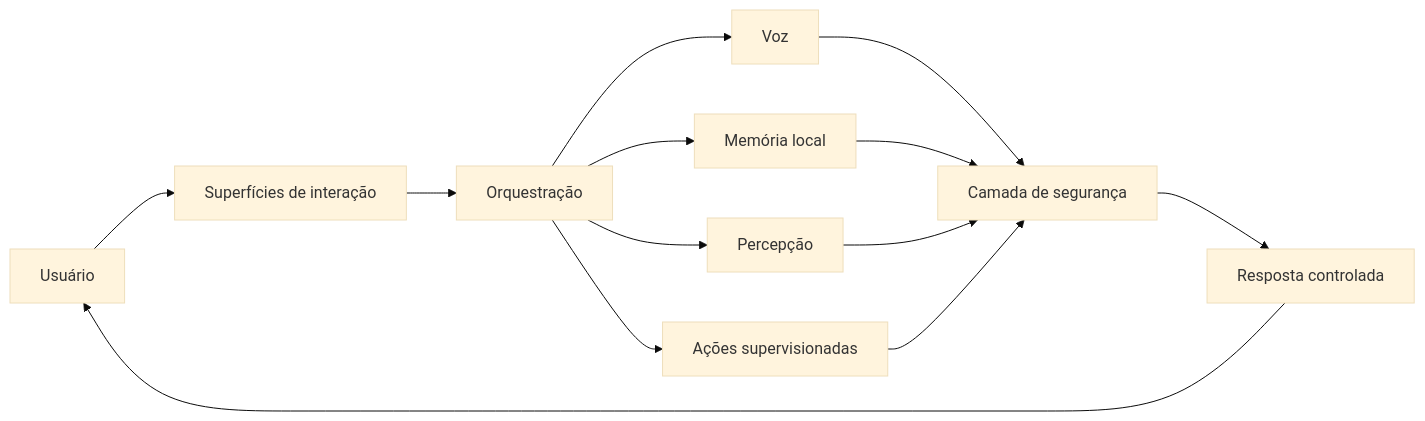
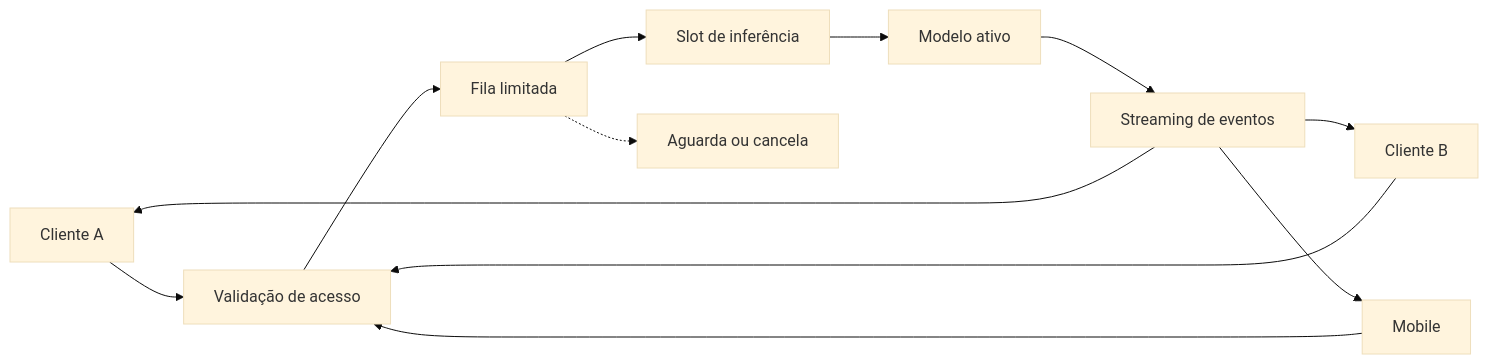
One commit to RyzenFox/naomi-ai-public changed the sixth of 9 diagrams in README.md. Above: the diagram before and after it, drawn with Mermaid (base theme). The commit also changed other lines of this file and 2 other files, not shown here.

````diff
--- a/README.md
+++ b/README.md
@@ -33,15 +263,14 @@
 ```mermaid
 flowchart LR
-    U["Usuário"] --> I["Superfícies de interação"]
-    I --> O["Orquestração"]
-    O --> V["Voz"]
-    O --> M["Memória local"]
-    O --> P["Percepção"]
-    O --> A["Ações supervisionadas"]
-    V --> S["Camada de segurança"]
-    M --> S
-    P --> S
-    A --> S
-    S --> R["Resposta controlada"]
-    R --> U
+    C1["Cliente A"] --> AUTHZ["Validação de acesso"]
+    C2["Cliente B"] --> AUTHZ
+    C3["Mobile"] --> AUTHZ
+    AUTHZ --> QUEUE["Fila limitada"]
+    QUEUE --> SLOT1["Slot de inferência"]
+    QUEUE -.-> WAIT["Aguarda ou cancela"]
+    SLOT1 --> MODEL["Modelo ativo"]
+    MODEL --> STREAM["Streaming de eventos"]
+    STREAM --> C1
+    STREAM --> C2
+    STREAM --> C3
 ```
````
